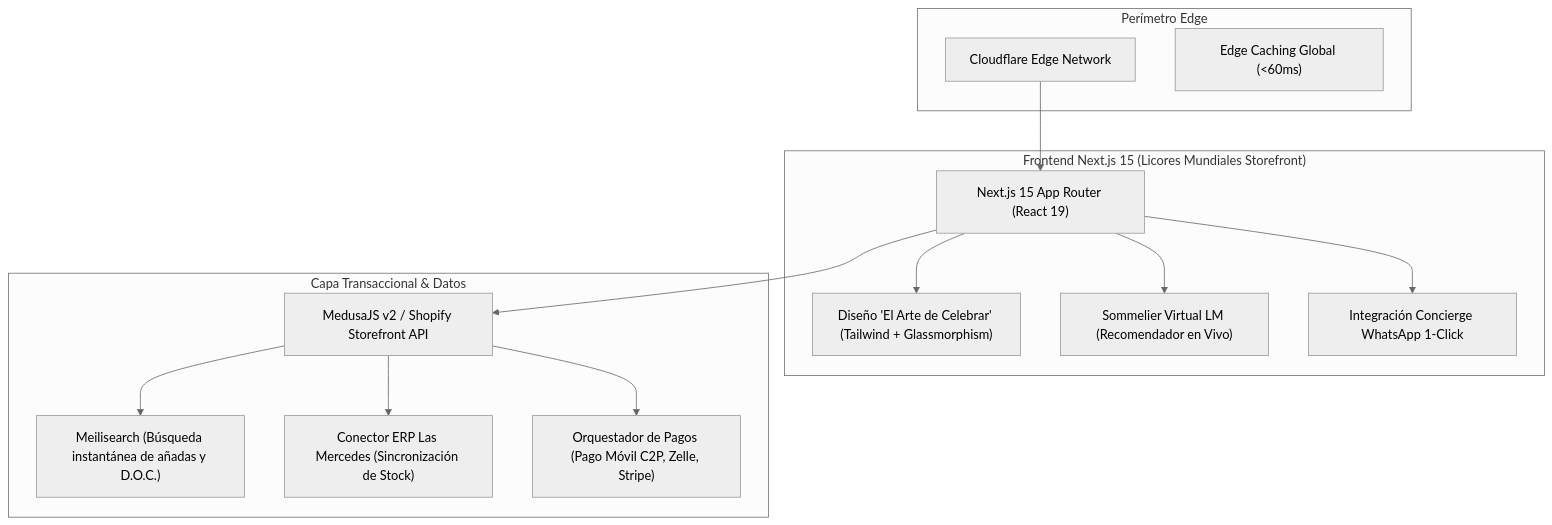
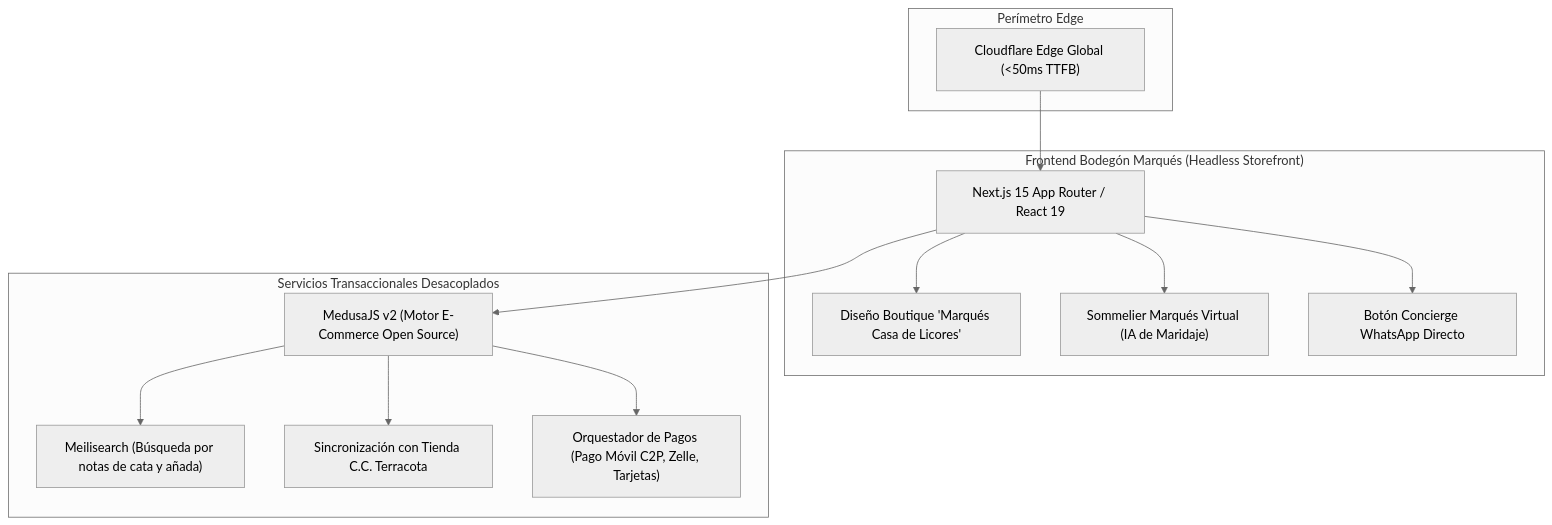
The diagram in docs/propuesta-arquitectura-nextgen.md (Jeralthc/bodegon-marques-ecommerce), drawn with Mermaid (neutral theme) before and after one commit. The commit also changed other lines of this file and 4 other files, not shown here.

Commit message:
feat: complete rebranding to Bodegón Marqués (@bodegonmarques) - C.C. Terracota, Habanos Point, Sommelier Marqués AI and Next-Gen E-Commerce

````diff
--- a/docs/propuesta-arquitectura-nextgen.md
+++ b/docs/propuesta-arquitectura-nextgen.md
@@ -28,30 +24,29 @@
 ```mermaid
 flowchart TD
     subgraph "Perímetro Edge"
-        CDN["Cloudflare Edge Network"]
-        CACHE["Edge Caching Global (<60ms)"]
+        CDN["Cloudflare Edge Global (<50ms TTFB)"]
     end
 
-    subgraph "Frontend Next.js 15 (Licores Mundiales Storefront)"
-        NEXT["Next.js 15 App Router (React 19)"]
-        UI["Diseño 'El Arte de Celebrar' (Tailwind + Glassmorphism)"]
-        SOM["Sommelier Virtual LM (Recomendador en Vivo)"]
-        WHATSAPP["Integración Concierge WhatsApp 1-Click"]
+    subgraph "Frontend Bodegón Marqués (Headless Storefront)"
+        NEXT["Next.js 15 App Router / React 19"]
+        UI["Diseño Boutique 'Marqués Casa de Licores'"]
+        SOM["Sommelier Marqués Virtual (IA de Maridaje)"]
+        WAPP["Botón Concierge WhatsApp Directo"]
     end
 
-    subgraph "Capa Transaccional & Datos"
-        HEADLESS["MedusaJS v2 / Shopify Storefront API"]
-        SEARCH["Meilisearch (Búsqueda instantánea de añadas y D.O.C.)"]
-        ERP["Conector ERP Las Mercedes (Sincronización de Stock)"]
-        PAY["Orquestador de Pagos (Pago Móvil C2P, Zelle, Stripe)"]
+    subgraph "Servicios Transaccionales Desacoplados"
+        BACK["MedusaJS v2 (Motor E-Commerce Open Source)"]
+        SEARCH["Meilisearch (Búsqueda por notas de cata y añada)"]
+        INVENTORY["Sincronización con Tienda C.C. Terracota"]
+        PAY["Orquestador de Pagos (Pago Móvil C2P, Zelle, Tarjetas)"]
     end
 
     CDN --> NEXT
     NEXT --> UI
     NEXT --> SOM
-    NEXT --> WHATSAPP
-    NEXT --> HEADLESS
-    HEADLESS --> SEARCH
-    HEADLESS --> ERP
-    HEADLESS --> PAY
+    NEXT --> WAPP
+    NEXT --> BACK
+    BACK --> SEARCH
+    BACK --> INVENTORY
+    BACK --> PAY
 ```
````
